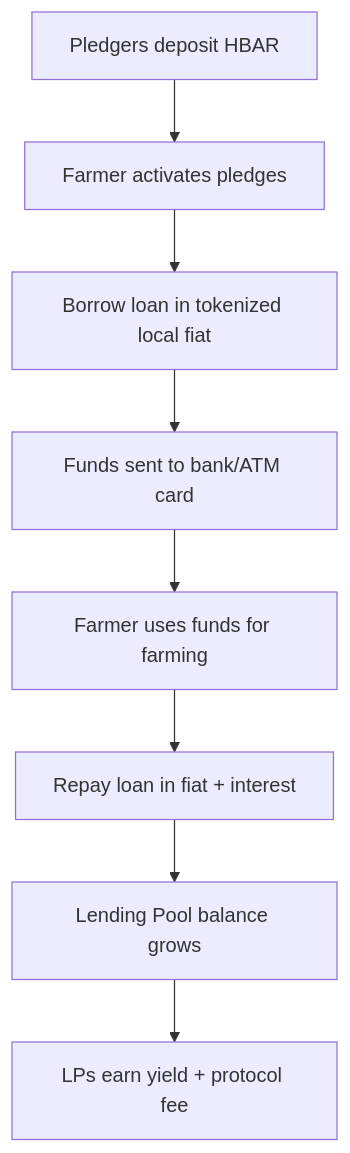
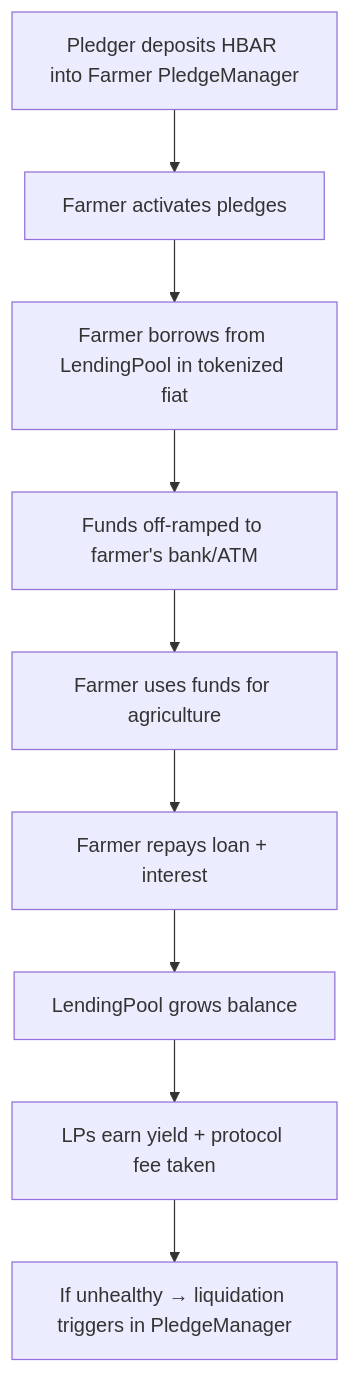
One commit to Shunlexxi/mavuno changed the second of 2 diagrams in README.md. Above: the diagram before and after it, drawn with Mermaid. The commit also changed other lines of this file, not shown here.

````diff
--- a/README.md
+++ b/README.md
@@ -70,10 +115,11 @@
 ```mermaid
 flowchart TD
-    A[Pledgers deposit HBAR] --> B[Farmer activates pledges]
-    B --> C[Borrow loan in tokenized local fiat]
-    C --> D[Funds sent to bank/ATM card]
-    D --> E[Farmer uses funds for farming]
-    E --> F[Repay loan in fiat + interest]
-    F --> G[Lending Pool balance grows]
-    G --> H[LPs earn yield + protocol fee]
+    A[Pledger deposits HBAR into Farmer PledgeManager] --> B[Farmer activates pledges]
+    B --> C[Farmer borrows from LendingPool in tokenized fiat]
+    C --> D[Funds off-ramped to farmer's bank/ATM]
+    D --> E[Farmer uses funds for agriculture]
+    E --> F[Farmer repays loan + interest]
+    F --> G[LendingPool grows balance]
+    G --> H[LPs earn yield + protocol fee taken]
+    H --> I[If unhealthy → liquidation triggers in PledgeManager]
 ```
````
